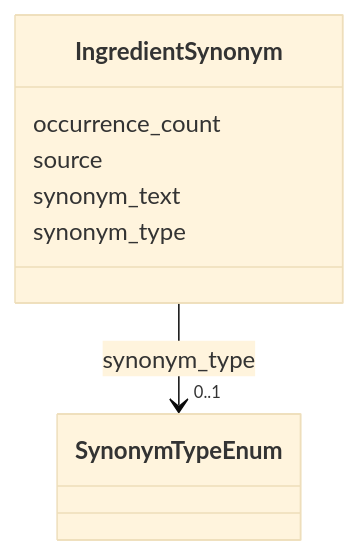
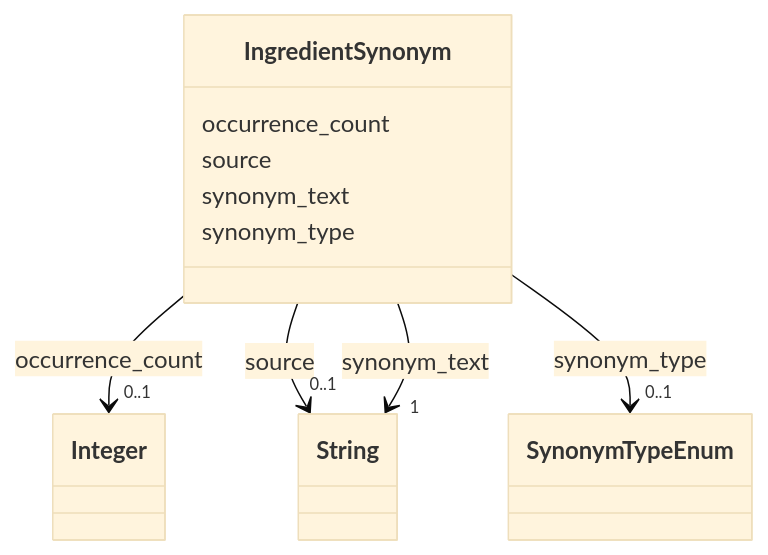
The diagram in docs/IngredientSynonym.md (CultureBotAI/MediaIngredientMech), drawn with Mermaid (base theme) before and after one commit. The commit also changed other lines of this file and 87 other files, not shown here.

````diff
--- a/docs/IngredientSynonym.md
+++ b/docs/IngredientSynonym.md
@@ -18,23 +18,50 @@
 ```mermaid
  classDiagram
     class IngredientSynonym
     click IngredientSynonym href "../IngredientSynonym/"
       IngredientSynonym : occurrence_count
         
+          
+    
+        
+        
+        IngredientSynonym --> "0..1" Integer : occurrence_count
+        click Integer href "../http://www.w3.org/2001/XMLSchema#integer/"
+    
+
+        
       IngredientSynonym : source
         
+          
+    
+        
+        
+        IngredientSynonym --> "0..1" String : source
+        click String href "../http://www.w3.org/2001/XMLSchema#string/"
+    
+
+        
       IngredientSynonym : synonym_text
+        
+          
+    
+        
+        
+        IngredientSynonym --> "1" String : synonym_text
+        click String href "../http://www.w3.org/2001/XMLSchema#string/"
+    
+
         
       IngredientSynonym : synonym_type
         
           
     
         
         
         IngredientSynonym --> "0..1" SynonymTypeEnum : synonym_type
         click SynonymTypeEnum href "../SynonymTypeEnum/"
     
 
         
       
 ```
````
